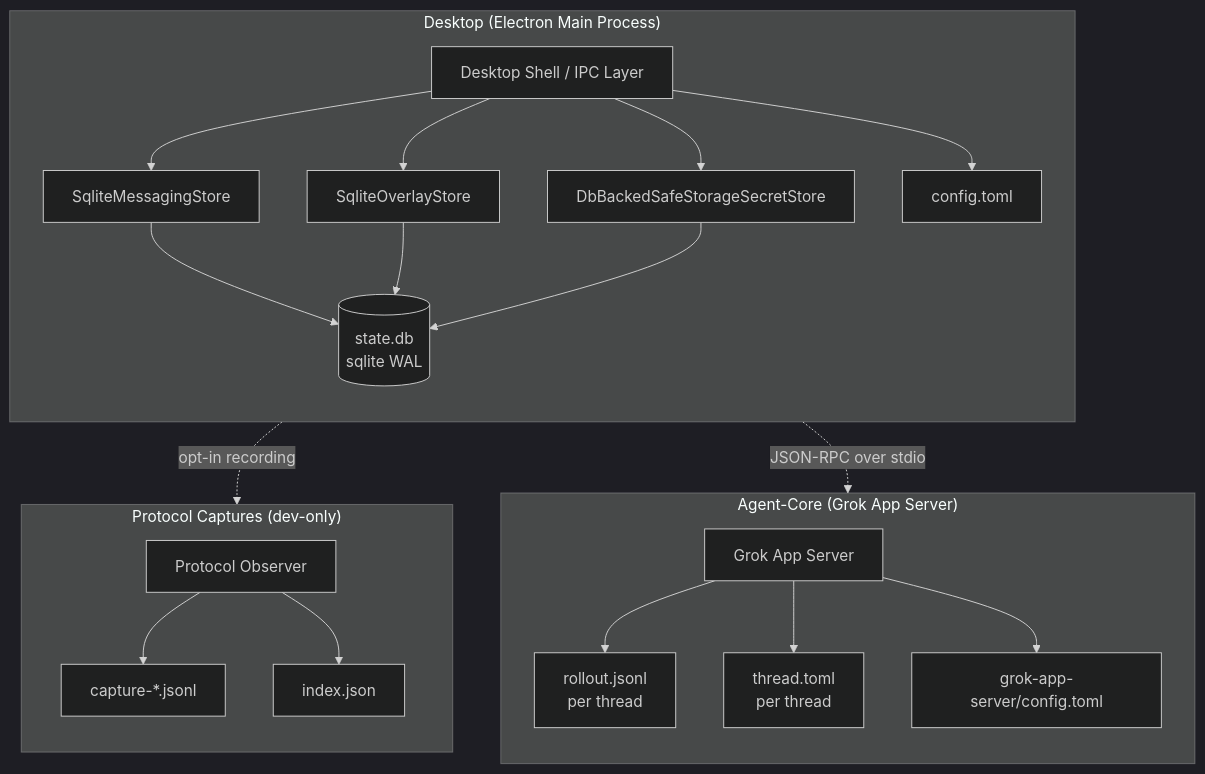
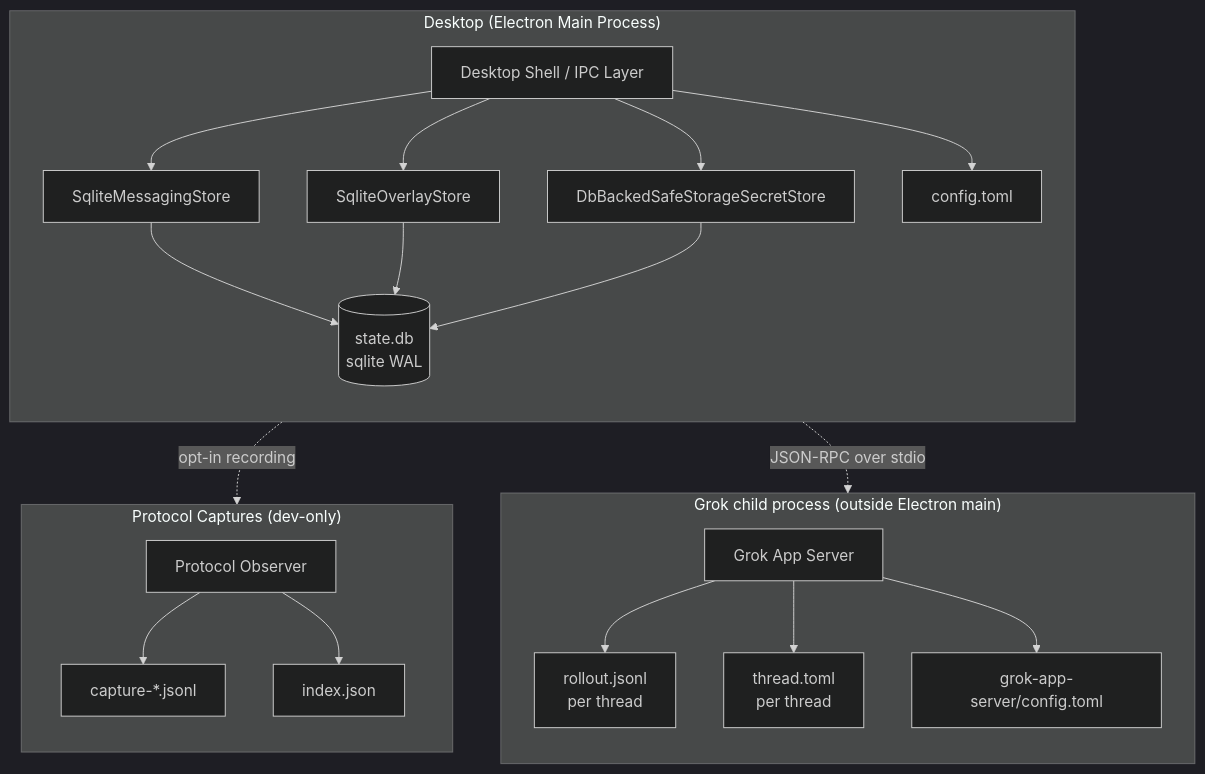
One commit to pwrdrvr/PwrAgent changed the diagram in docs/state-layout.md. Above: the diagram before and after it, drawn with Mermaid (dark theme). The commit also changed other lines of this file and 61 other files, not shown here.

Commit message:
refactor(desktop): isolate Grok app server process

````diff
--- a/docs/state-layout.md
+++ b/docs/state-layout.md
@@ -7,45 +7,45 @@
 ```mermaid
 graph TD
     subgraph Desktop["Desktop (Electron Main Process)"]
         direction TB
         Shell[Desktop Shell / IPC Layer]
         MsgStore[SqliteMessagingStore]
         OvlStore[SqliteOverlayStore]
         SecStore[DbBackedSafeStorageSecretStore]
         StateDB[(state.db<br/>sqlite WAL)]
         ConfigTOML[config.toml]
 
         Shell --> MsgStore
         Shell --> OvlStore
         Shell --> SecStore
         MsgStore --> StateDB
         OvlStore --> StateDB
         SecStore --> StateDB
         Shell --> ConfigTOML
     end
 
-    subgraph AgentCore["Agent-Core (Grok App Server)"]
+    subgraph AgentCore["Grok child process (outside Electron main)"]
         direction TB
         GrokSrv[Grok App Server]
         RolloutJSONL[rollout.jsonl<br/>per thread]
         ThreadTOML[thread.toml<br/>per thread]
         GrokConfig[grok-app-server/config.toml]
 
         GrokSrv --> RolloutJSONL
         GrokSrv --> ThreadTOML
         GrokSrv --> GrokConfig
     end
 
     subgraph Captures["Protocol Captures (dev-only)"]
         direction TB
         Observer[Protocol Observer]
         CaptureJSONL[capture-*.jsonl]
         CaptureIndex[index.json]
 
         Observer --> CaptureJSONL
         Observer --> CaptureIndex
     end
 
     Shell -.->|JSON-RPC over stdio| GrokSrv
     Shell -.->|opt-in recording| Observer
 ```
````
